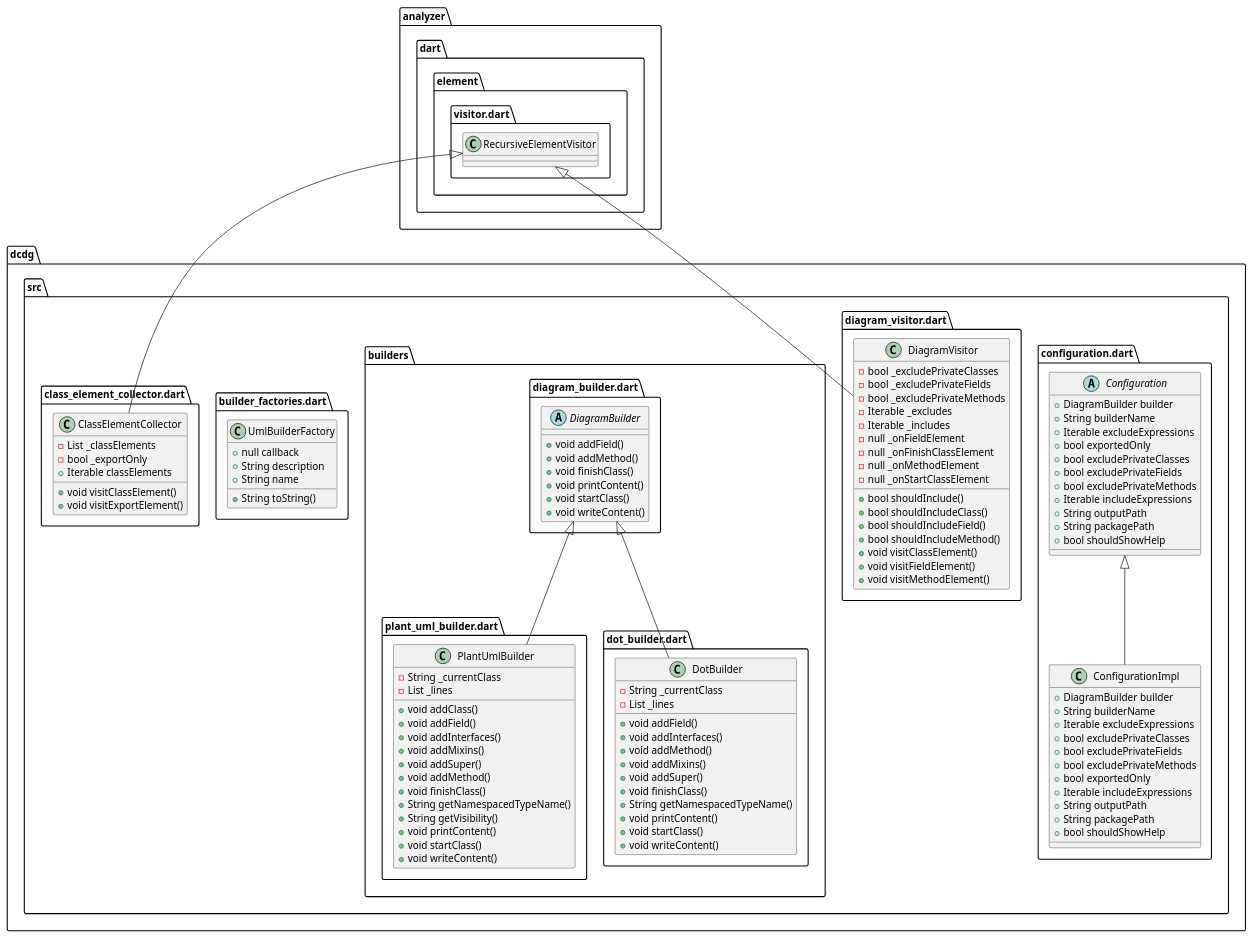
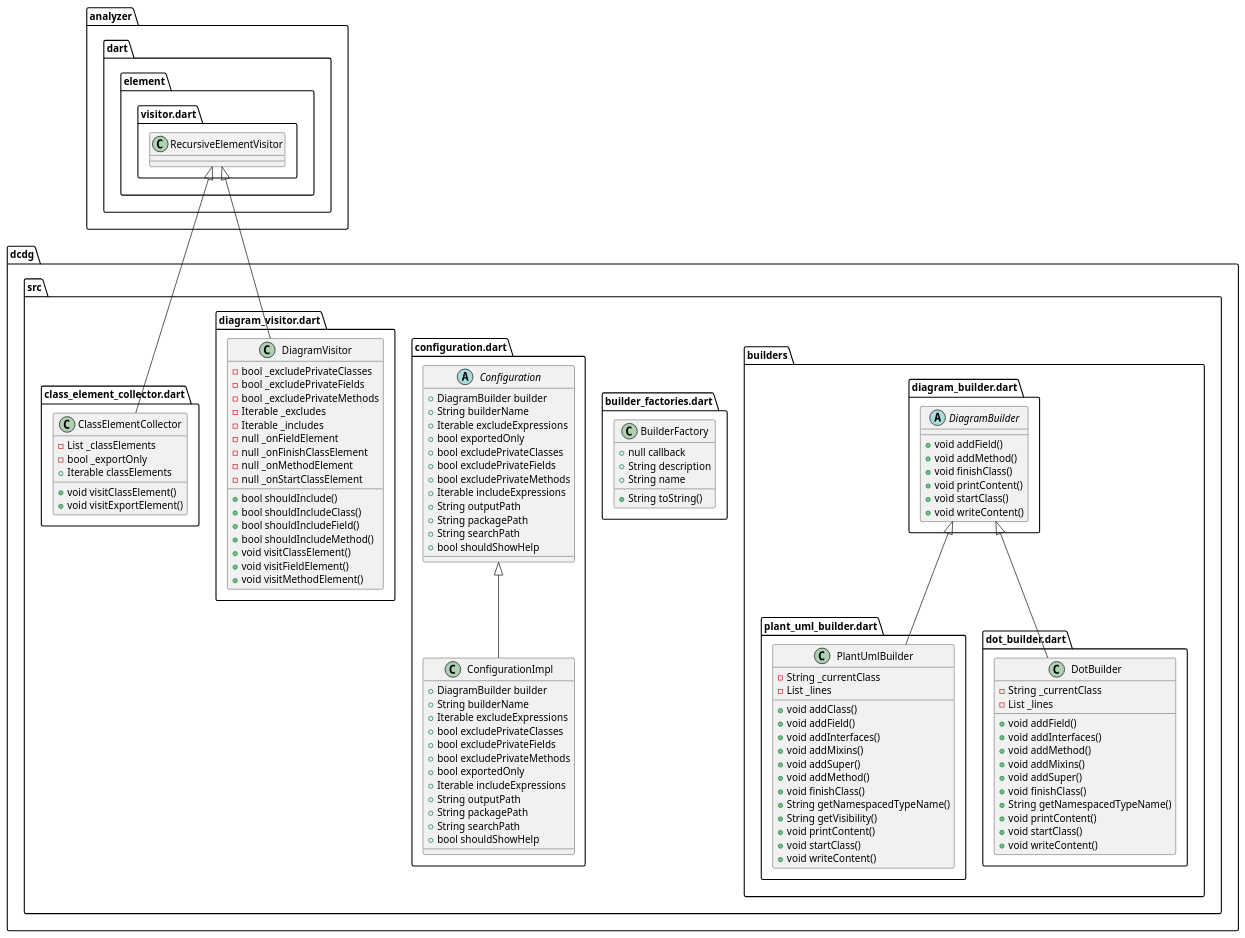
Before and after one commit to glesica/dcdg.dart: the diagram in example/dcdg.puml, drawn with PlantUML. The commit also changed 13 other files, not shown here.

```diff
--- a/example/dcdg.puml
+++ b/example/dcdg.puml
@@ -1,128 +1,130 @@
 @startuml
 set namespaceSeparator ::
-
-abstract class dcdg::src::configuration.dart::Configuration {
-  +DiagramBuilder builder
-  +String builderName
-  +Iterable excludeExpressions
-  +bool exportedOnly
-  +bool excludePrivateClasses
-  +bool excludePrivateFields
-  +bool excludePrivateMethods
-  +Iterable includeExpressions
-  +String outputPath
-  +String packagePath
-  +bool shouldShowHelp
-}
-
-
-
-class dcdg::src::configuration.dart::ConfigurationImpl {
-  +DiagramBuilder builder
-  +String builderName
-  +Iterable excludeExpressions
-  +bool excludePrivateClasses
-  +bool excludePrivateFields
-  +bool excludePrivateMethods
-  +bool exportedOnly
-  +Iterable includeExpressions
-  +String outputPath
-  +String packagePath
-  +bool shouldShowHelp
-}
-
-dcdg::src::configuration.dart::Configuration <|-- dcdg::src::configuration.dart::ConfigurationImpl
-
-
-class dcdg::src::diagram_visitor.dart::DiagramVisitor {
-  -bool _excludePrivateClasses
-  -bool _excludePrivateFields
-  -bool _excludePrivateMethods
-  -Iterable _excludes
-  -Iterable _includes
-  -null _onFieldElement
-  -null _onFinishClassElement
-  -null _onMethodElement
-  -null _onStartClassElement
-  +bool shouldInclude()
-  +bool shouldIncludeClass()
-  +bool shouldIncludeField()
-  +bool shouldIncludeMethod()
-  +void visitClassElement()
-  +void visitFieldElement()
-  +void visitMethodElement()
-}
-
-analyzer::dart::element::visitor.dart::RecursiveElementVisitor <|-- dcdg::src::diagram_visitor.dart::DiagramVisitor
-
 
 class dcdg::src::builders::plant_uml_builder.dart::PlantUmlBuilder {
   -String _currentClass
   -List _lines
   +void addClass()
   +void addField()
   +void addInterfaces()
   +void addMixins()
   +void addSuper()
   +void addMethod()
   +void finishClass()
   +String getNamespacedTypeName()
   +String getVisibility()
   +void printContent()
   +void startClass()
   +void writeContent()
 }
 
 dcdg::src::builders::diagram_builder.dart::DiagramBuilder <|-- dcdg::src::builders::plant_uml_builder.dart::PlantUmlBuilder
 
 
 class dcdg::src::builders::dot_builder.dart::DotBuilder {
   -String _currentClass
   -List _lines
   +void addField()
   +void addInterfaces()
   +void addMethod()
   +void addMixins()
   +void addSuper()
   +void finishClass()
   +String getNamespacedTypeName()
   +void printContent()
   +void startClass()
   +void writeContent()
 }
 
 dcdg::src::builders::diagram_builder.dart::DiagramBuilder <|-- dcdg::src::builders::dot_builder.dart::DotBuilder
 
 
 abstract class dcdg::src::builders::diagram_builder.dart::DiagramBuilder {
   +void addField()
   +void addMethod()
   +void finishClass()
   +void printContent()
   +void startClass()
   +void writeContent()
 }
 
 
 
-class dcdg::src::builder_factories.dart::UmlBuilderFactory {
+class dcdg::src::builder_factories.dart::BuilderFactory {
   +null callback
   +String description
   +String name
   +String toString()
 }
 
+
+
+abstract class dcdg::src::configuration.dart::Configuration {
+  +DiagramBuilder builder
+  +String builderName
+  +Iterable excludeExpressions
+  +bool exportedOnly
+  +bool excludePrivateClasses
+  +bool excludePrivateFields
+  +bool excludePrivateMethods
+  +Iterable includeExpressions
+  +String outputPath
+  +String packagePath
+  +String searchPath
+  +bool shouldShowHelp
+}
+
+
+
+class dcdg::src::configuration.dart::ConfigurationImpl {
+  +DiagramBuilder builder
+  +String builderName
+  +Iterable excludeExpressions
+  +bool excludePrivateClasses
+  +bool excludePrivateFields
+  +bool excludePrivateMethods
+  +bool exportedOnly
+  +Iterable includeExpressions
+  +String outputPath
+  +String packagePath
+  +String searchPath
+  +bool shouldShowHelp
+}
+
+dcdg::src::configuration.dart::Configuration <|-- dcdg::src::configuration.dart::ConfigurationImpl
+
+
+class dcdg::src::diagram_visitor.dart::DiagramVisitor {
+  -bool _excludePrivateClasses
+  -bool _excludePrivateFields
+  -bool _excludePrivateMethods
+  -Iterable _excludes
+  -Iterable _includes
+  -null _onFieldElement
+  -null _onFinishClassElement
+  -null _onMethodElement
+  -null _onStartClassElement
+  +bool shouldInclude()
+  +bool shouldIncludeClass()
+  +bool shouldIncludeField()
+  +bool shouldIncludeMethod()
+  +void visitClassElement()
+  +void visitFieldElement()
+  +void visitMethodElement()
+}
+
+analyzer::dart::element::visitor.dart::RecursiveElementVisitor <|-- dcdg::src::diagram_visitor.dart::DiagramVisitor
 
 
 class dcdg::src::class_element_collector.dart::ClassElementCollector {
   -List _classElements
   -bool _exportOnly
   +Iterable classElements
   +void visitClassElement()
   +void visitExportElement()
 }
 
 analyzer::dart::element::visitor.dart::RecursiveElementVisitor <|-- dcdg::src::class_element_collector.dart::ClassElementCollector
 
 
 @enduml
```
